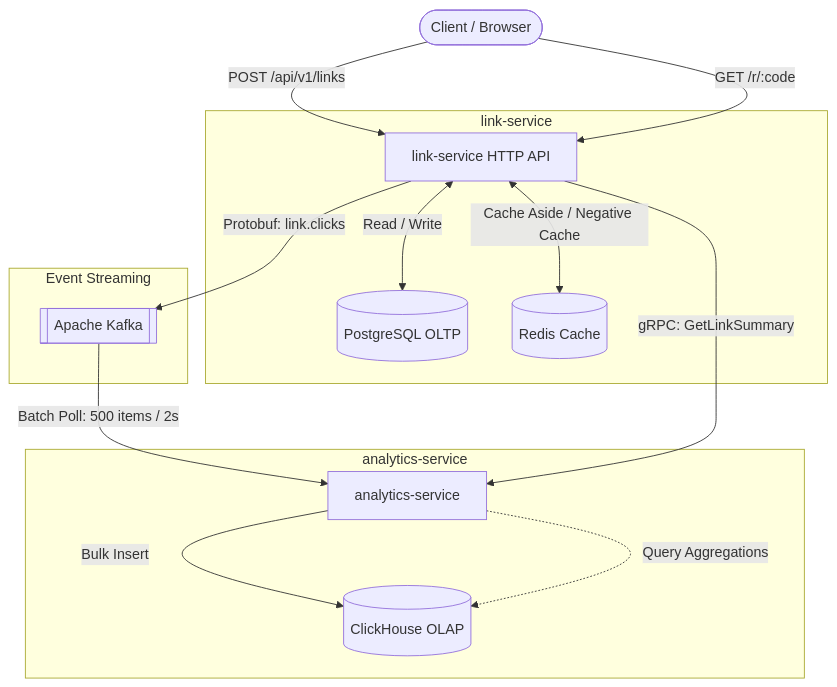
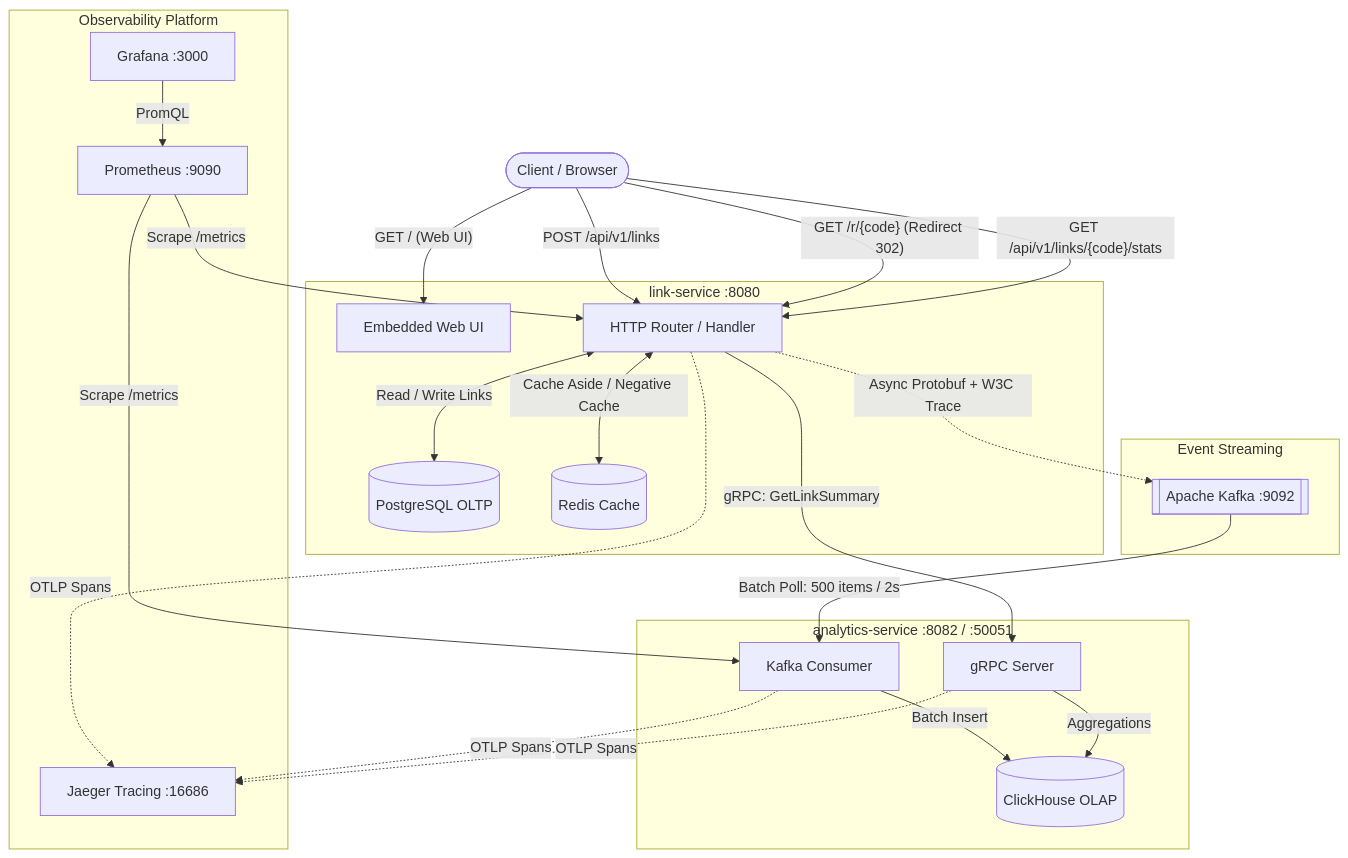
One commit to hel1th/giga-url-shortener changed the diagram in README.md. Above: the diagram before and after it, drawn with Mermaid. The commit also changed other lines of this file, not shown here.

````diff
--- a/README.md
+++ b/README.md
@@ -7,32 +7,50 @@
 ```mermaid
 flowchart TD
     Client([Client / Browser])
 
-    subgraph LinkServiceGroup [link-service]
-        LS[link-service HTTP API]
+    subgraph LinkServiceGroup [link-service :8080]
+        UI[Embedded Web UI]
+        LS[HTTP Router / Handler]
         PG[(PostgreSQL OLTP)]
         RD[(Redis Cache)]
     end
 
     subgraph Broker [Event Streaming]
-        KF[[Apache Kafka]]
+        KF[[Apache Kafka :9092]]
     end
 
-    subgraph AnalyticsServiceGroup [analytics-service]
-        AS[analytics-service]
+    subgraph AnalyticsServiceGroup [analytics-service :8082 / :50051]
+        Consumer[Kafka Consumer]
+        GRPC[gRPC Server]
         CH[(ClickHouse OLAP)]
     end
 
+    subgraph Observability [Observability Platform]
+        Jaeger[Jaeger Tracing :16686]
+        Prometheus[Prometheus :9090]
+        Grafana[Grafana :3000]
+    end
+
+    Client -->|"GET / (Web UI)"| UI
     Client -->|"POST /api/v1/links"| LS
-    Client -->|"GET /r/:code"| LS
+    Client -->|"GET /r/{code} (Redirect 302)"| LS
+    Client -->|"GET /api/v1/links/{code}/stats"| LS
 
-    LS <-->|"Read / Write"| PG
+    LS <-->|"Read / Write Links"| PG
     LS <-->|"Cache Aside / Negative Cache"| RD
 
-    LS -->|"Protobuf: link.clicks"| KF
-    KF -->|"Batch Poll: 500 items / 2s"| AS
-    AS -->|"Bulk Insert"| CH
+    LS -.->|"Async Protobuf + W3C Trace"| KF
+    KF -->|"Batch Poll: 500 items / 2s"| Consumer
+    Consumer -->|"Batch Insert"| CH
 
-    LS -->|"gRPC: GetLinkSummary"| AS
-    AS -.->|"Query Aggregations"| CH
+    LS -->|"gRPC: GetLinkSummary"| GRPC
+    GRPC -->|"Aggregations"| CH
+
+    LS -.->|"OTLP Spans"| Jaeger
+    Consumer -.->|"OTLP Spans"| Jaeger
+    GRPC -.->|"OTLP Spans"| Jaeger
+
+    Prometheus -->|"Scrape /metrics"| LS
+    Prometheus -->|"Scrape /metrics"| Consumer
+    Grafana -->|"PromQL"| Prometheus
 ```
````
